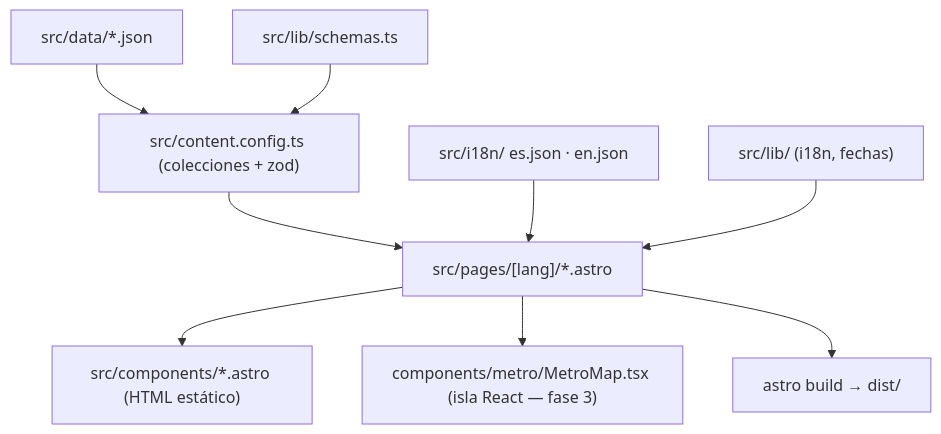
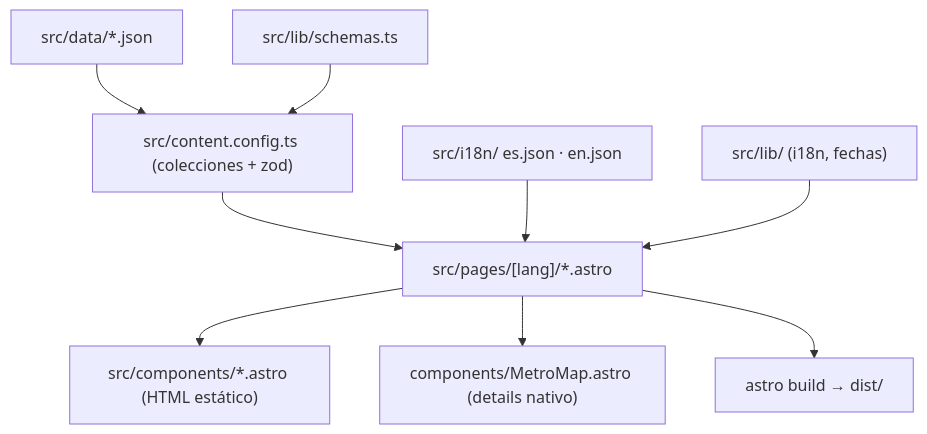
One commit to THEJUANX94/Portafolio changed the diagram in docs/01-arquitectura/architecture.md. Above: the diagram before and after it, drawn with Mermaid. The commit also changed other lines of this file and 9 other files, not shown here.

Commit message:
refactor: drop React in favor of native details for the metro

````diff
--- a/docs/01-arquitectura/architecture.md
+++ b/docs/01-arquitectura/architecture.md
@@ -24,11 +24,11 @@
 ```mermaid
 graph TD
     Data["src/data/*.json"] --> Collections["src/content.config.ts (colecciones + zod)"]
     Schemas["src/lib/schemas.ts"] --> Collections
     Collections --> Pages["src/pages/[lang]/*.astro"]
     I18n["src/i18n/ es.json · en.json"] --> Pages
     Lib["src/lib/ (i18n, fechas)"] --> Pages
     Pages --> Components["src/components/*.astro (HTML estático)"]
-    Pages --> Metro["components/metro/MetroMap.tsx (isla React — fase 3)"]
+    Pages --> Metro["components/MetroMap.astro (details nativo)"]
     Pages --> Dist["astro build → dist/"]
 ```
````
